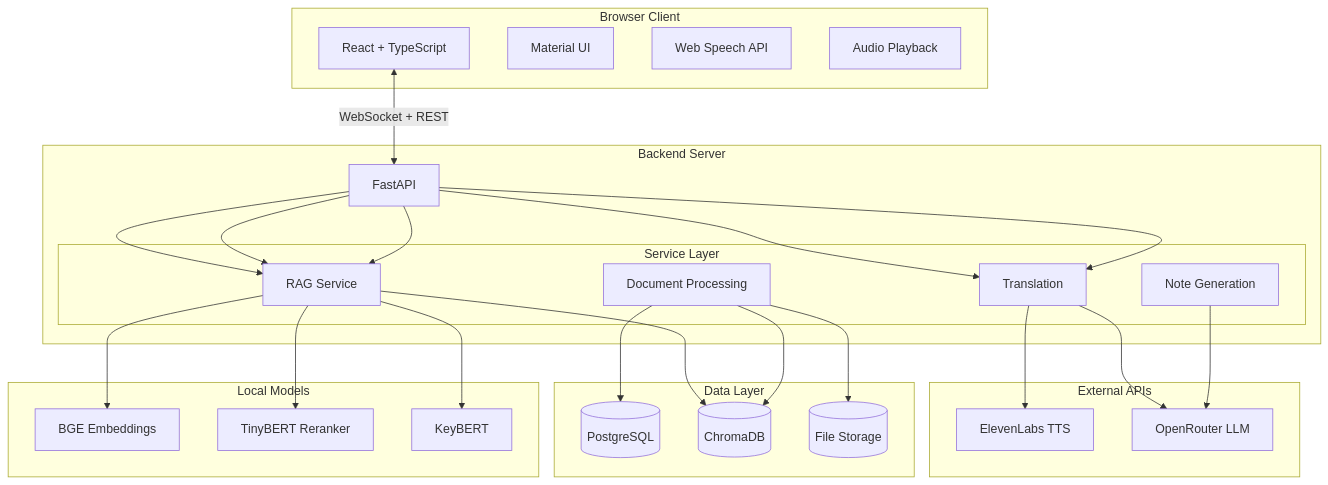
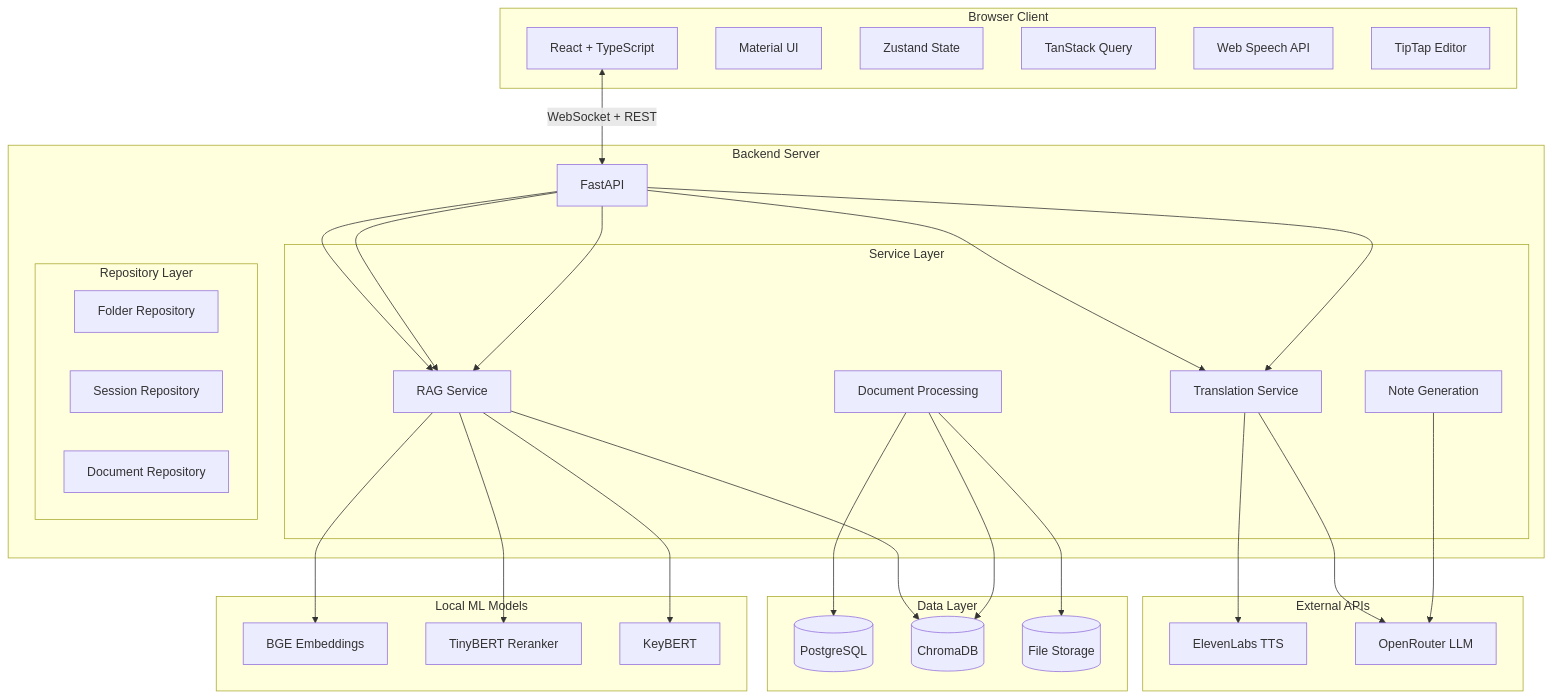
One commit to AbeerDas/Rosetta-HackHive changed the second of 2 diagrams in README.md. Above: the diagram before and after it, drawn with Mermaid. The commit also changed other lines of this file, not shown here.

````diff
--- a/README.md
+++ b/README.md
@@ -85,48 +96,55 @@
 ```mermaid
 flowchart TB
     subgraph client [Browser Client]
         REACT[React + TypeScript]
         MUI[Material UI]
+        ZUSTAND[Zustand State]
+        TANSTACK[TanStack Query]
         WEBSPEECH[Web Speech API]
-        AUDIO[Audio Playback]
+        TIPTAP[TipTap Editor]
     end
 
     subgraph server [Backend Server]
         FASTAPI[FastAPI]
         subgraph services [Service Layer]
-            TRANS[Translation]
+            TRANS[Translation Service]
             RAGSERV[RAG Service]
             NOTES[Note Generation]
             DOCS[Document Processing]
+        end
+        subgraph repos [Repository Layer]
+            FOLDER_REPO[Folder Repository]
+            SESSION_REPO[Session Repository]
+            DOC_REPO[Document Repository]
         end
     end
 
     subgraph external [External APIs]
         ELEVEN[ElevenLabs TTS]
         OPENROUTER[OpenRouter LLM]
     end
 
     subgraph storage [Data Layer]
         POSTGRES[(PostgreSQL)]
         CHROMADB[(ChromaDB)]
         FILES[(File Storage)]
     end
 
-    subgraph local [Local Models]
+    subgraph local [Local ML Models]
         BGE[BGE Embeddings]
         TINYBERT[TinyBERT Reranker]
         KEYBERTM[KeyBERT]
     end
 
     REACT <-->|WebSocket + REST| FASTAPI
     FASTAPI --> TRANS --> ELEVEN
     FASTAPI --> TRANS --> OPENROUTER
     FASTAPI --> RAGSERV --> BGE
     FASTAPI --> RAGSERV --> TINYBERT
     FASTAPI --> RAGSERV --> KEYBERTM
     RAGSERV --> CHROMADB
     NOTES --> OPENROUTER
     DOCS --> POSTGRES
     DOCS --> FILES
     DOCS --> CHROMADB
 ```
````
